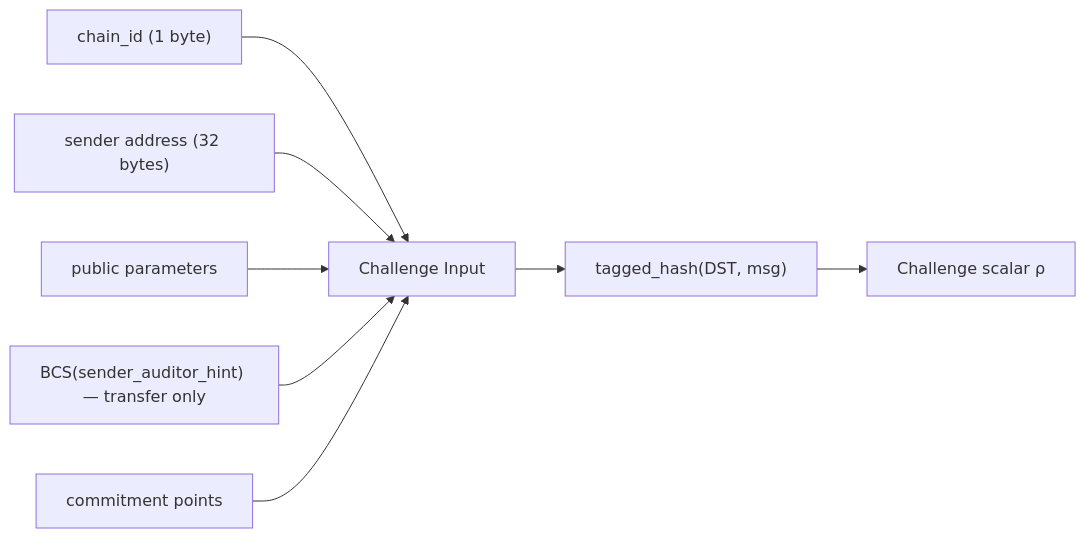
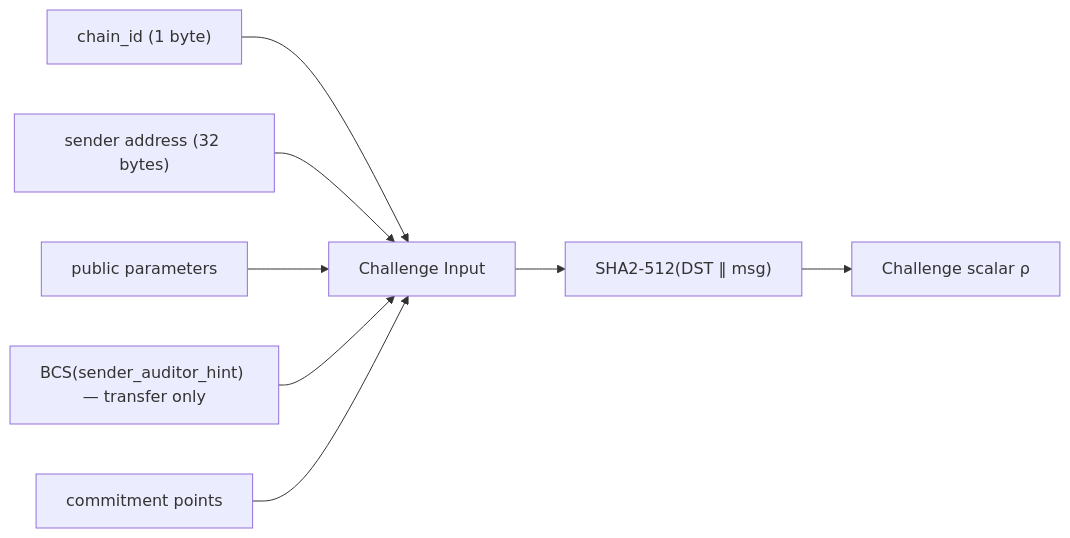
Diagram 12 of 15 in aptos-move/framework/aptos-experimental/whitepaper.md (movement-network/aptos-core), drawn with Mermaid before and after one commit. The commit also changed other lines of this file and 43 other files, not shown here.

Commit message:
remove sha3 512 / BIP-340 tagged hashing

````diff
--- a/aptos-move/framework/aptos-experimental/whitepaper.md
+++ b/aptos-move/framework/aptos-experimental/whitepaper.md
@@ -456,10 +456,10 @@
 ```mermaid
 flowchart LR
     CID["chain_id (1 byte)"] --> MSG
     SENDER["sender address (32 bytes)"] --> MSG
     PARAMS["public parameters"] --> MSG
     HINT["BCS(sender_auditor_hint) — transfer only"] --> MSG
     COMMITS["commitment points"] --> MSG
-    MSG["Challenge Input"] --> TH["tagged_hash(DST, msg)"]
-    TH --> RHO["Challenge scalar ρ"]
+    MSG["Challenge Input"] --> SHA["SHA2-512(DST ‖ msg)"]
+    SHA --> RHO["Challenge scalar ρ"]
 ```
````
